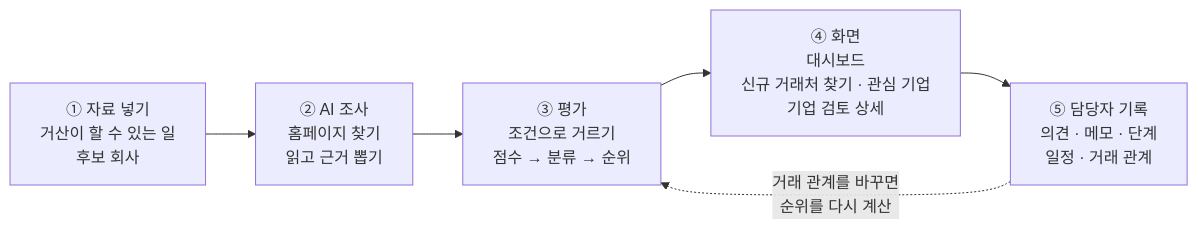
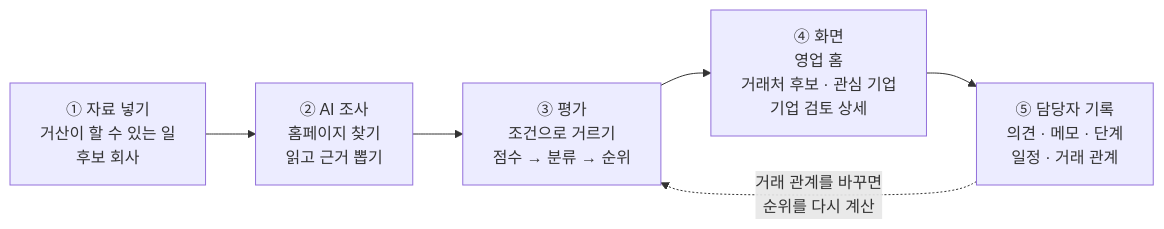
One commit to agent-ddalgi-team/final-geosan changed the first of 2 diagrams in docs/map/README.md. Above: the diagram before and after it, drawn with Mermaid. The commit also changed other lines of this file and 5 other files, not shown here.

````diff
--- a/docs/map/README.md
+++ b/docs/map/README.md
@@ -25,10 +25,10 @@
 ```mermaid
 flowchart LR
     A["① 자료 넣기<br/>거산이 할 수 있는 일<br/>후보 회사"]
     B["② AI 조사<br/>홈페이지 찾기<br/>읽고 근거 뽑기"]
     C["③ 평가<br/>조건으로 거르기<br/>점수 → 분류 → 순위"]
-    D["④ 화면<br/>대시보드<br/>신규 거래처 찾기 · 관심 기업<br/>기업 검토 상세"]
+    D["④ 화면<br/>영업 홈<br/>거래처 후보 · 관심 기업<br/>기업 검토 상세"]
     E["⑤ 담당자 기록<br/>의견 · 메모 · 단계<br/>일정 · 거래 관계"]
     A --> B --> C --> D --> E
     E -.->|"거래 관계를 바꾸면<br/>순위를 다시 계산"| C
 ```
````
